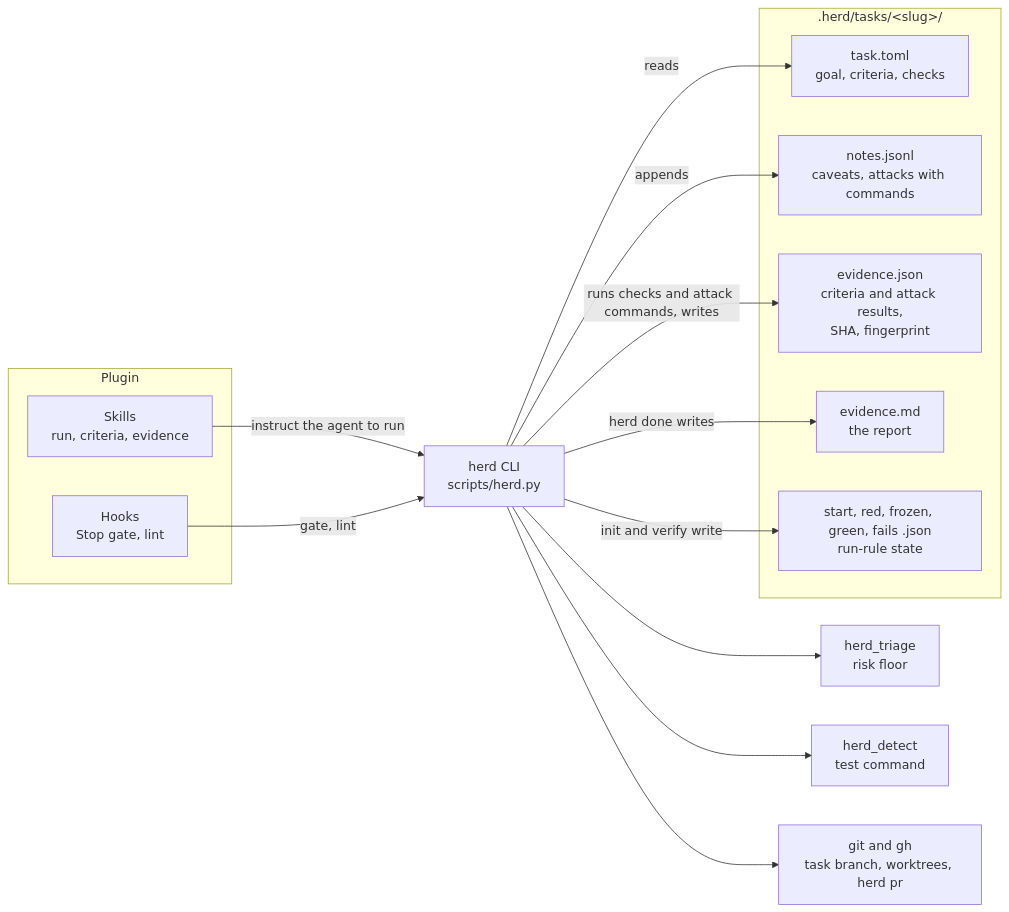
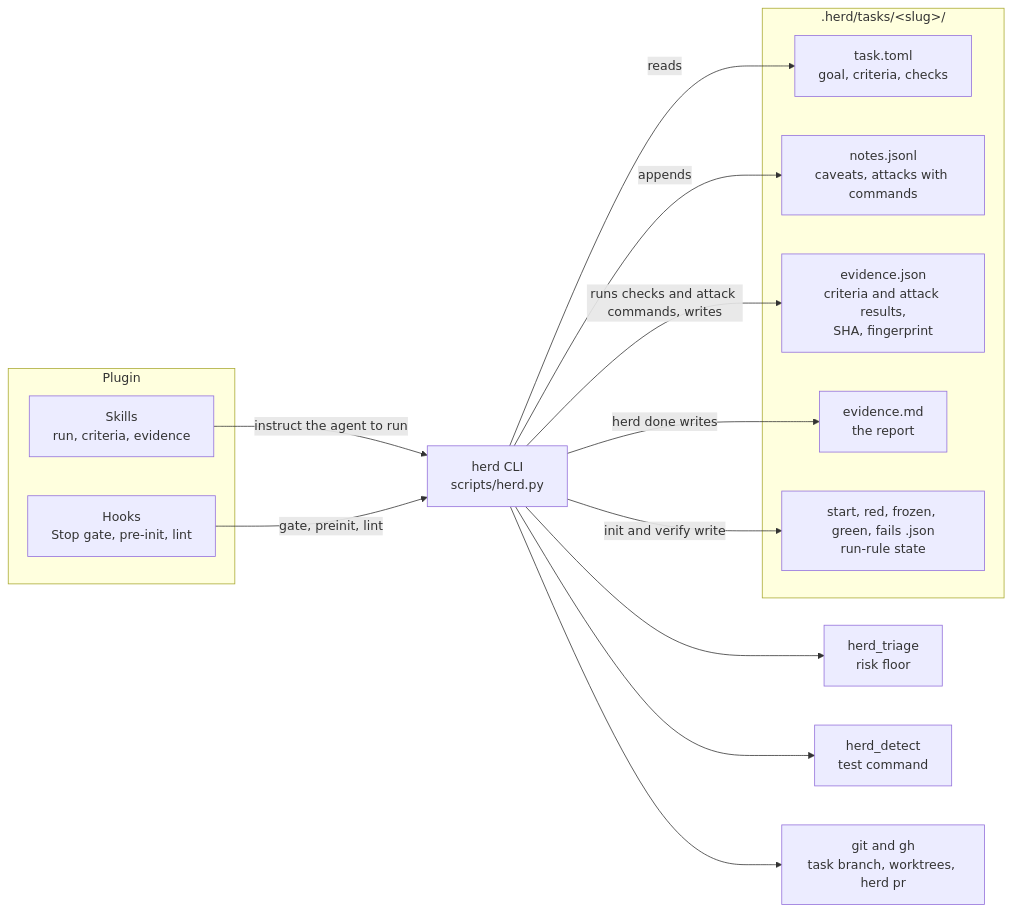
The second of 2 diagrams in README.md (Beovulfo/herd-sdlc), drawn with Mermaid before and after one commit. The commit also changed other lines of this file and 10 other files, not shown here.

Commit message:
Herd 0.4.1: limits that narrow an any claim are shown as not proven; pre-init hook (#14)

````diff
--- a/README.md
+++ b/README.md
@@ -139,28 +139,28 @@
 ```mermaid
 flowchart LR
     subgraph Plugin
         S["Skills<br/>run, criteria, evidence"]
-        H["Hooks<br/>Stop gate, lint"]
+        H["Hooks<br/>Stop gate, pre-init, lint"]
     end
     CLI["herd CLI<br/>scripts/herd.py"]
     T["herd_triage<br/>risk floor"]
     D["herd_detect<br/>test command"]
     G["git and gh<br/>task branch, worktrees, herd pr"]
     subgraph State[".herd/tasks/&lt;slug&gt;/"]
         TT["task.toml<br/>goal, criteria, checks"]
         NO["notes.jsonl<br/>caveats, attacks with commands"]
         EV["evidence.json<br/>criteria and attack results,<br/>SHA, fingerprint"]
         RP["evidence.md<br/>the report"]
         RR["start, red, frozen, green, fails .json<br/>run-rule state"]
     end
     S -->|instruct the agent to run| CLI
-    H -->|gate, lint| CLI
+    H -->|gate, preinit, lint| CLI
     CLI --> T
     CLI --> D
     CLI --> G
     CLI -->|reads| TT
     CLI -->|appends| NO
     CLI -->|runs checks and attack commands, writes| EV
     CLI -->|herd done writes| RP
     CLI -->|init and verify write| RR
 ```
````
